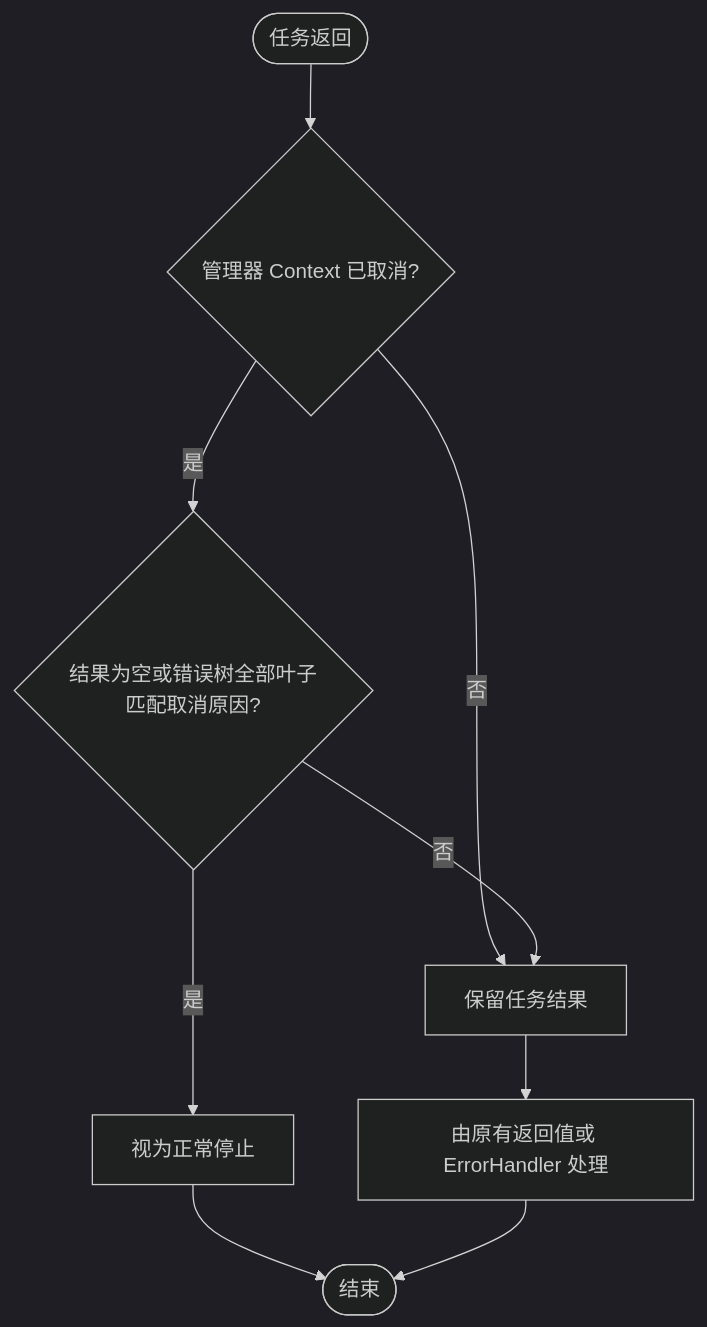
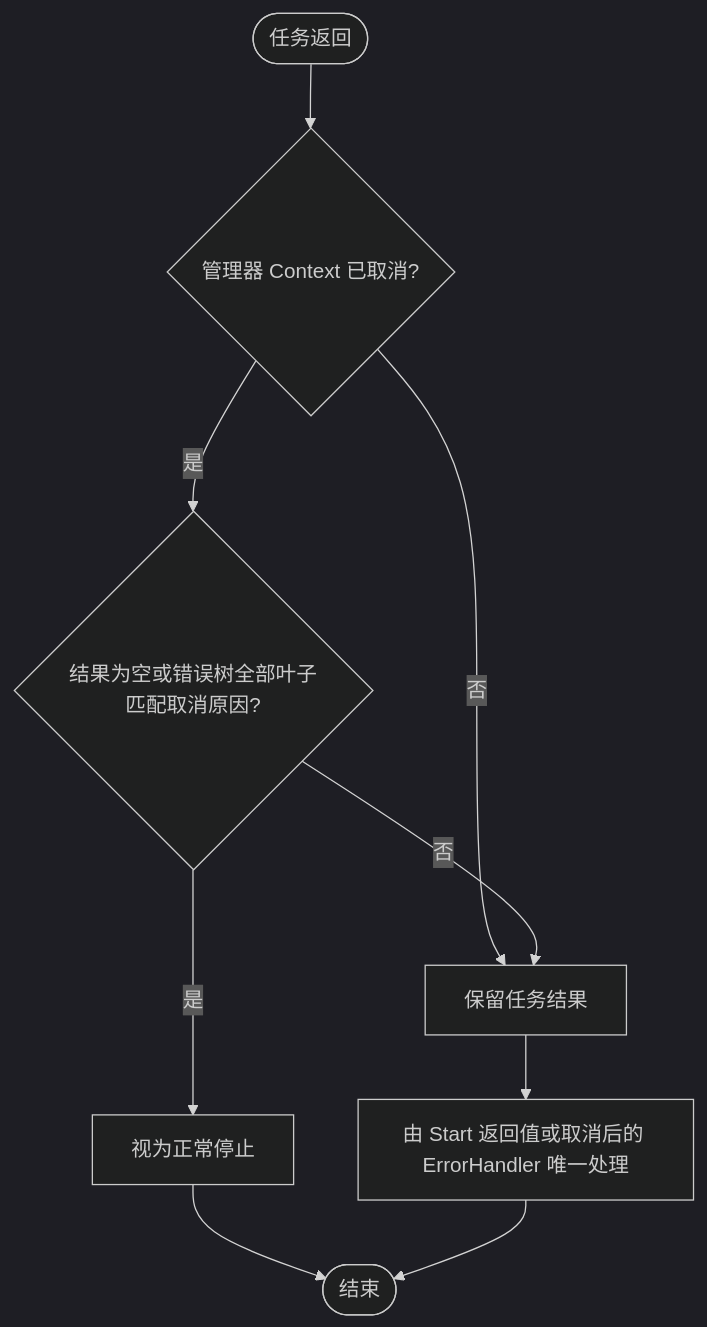
Before and after one commit to jaggerzhuang1994/kratos-foundation: the fourth of 6 diagrams in pkg/job/README.md, drawn with Mermaid (dark theme). The commit also changed other lines of this file and 204 other files, not shown here.

````diff
--- a/pkg/job/README.md
+++ b/pkg/job/README.md
@@ -172,11 +185,11 @@
 ```mermaid
 flowchart TD
     A([任务返回]) --> B{管理器 Context 已取消?}
     B -- 否 --> C[保留任务结果]
     B -- 是 --> D{结果为空或错误树全部叶子匹配取消原因?}
     D -- 是 --> E[视为正常停止]
     D -- 否 --> C
-    C --> F[由原有返回值或 ErrorHandler 处理]
+    C --> F[由 Start 返回值或取消后的 ErrorHandler 唯一处理]
     E --> G([结束])
     F --> G
 ```
````
